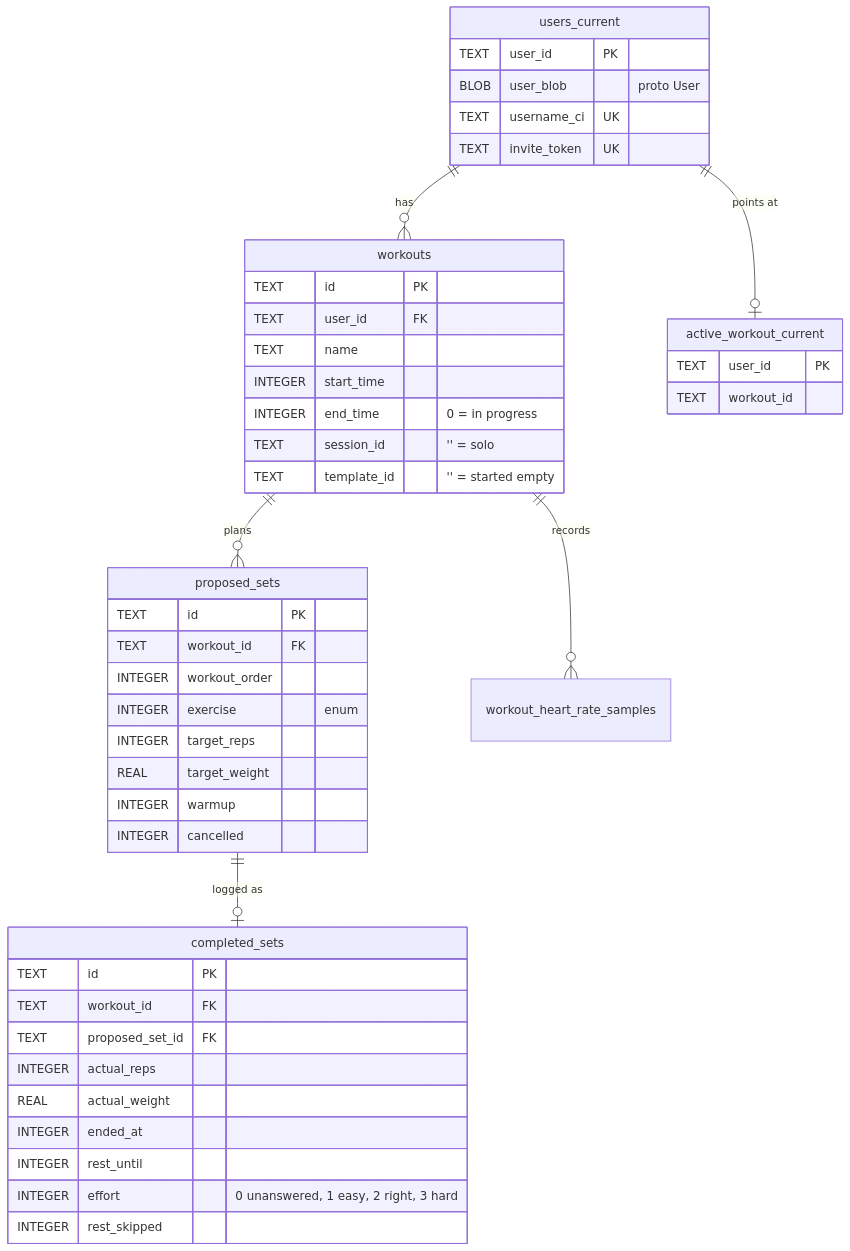
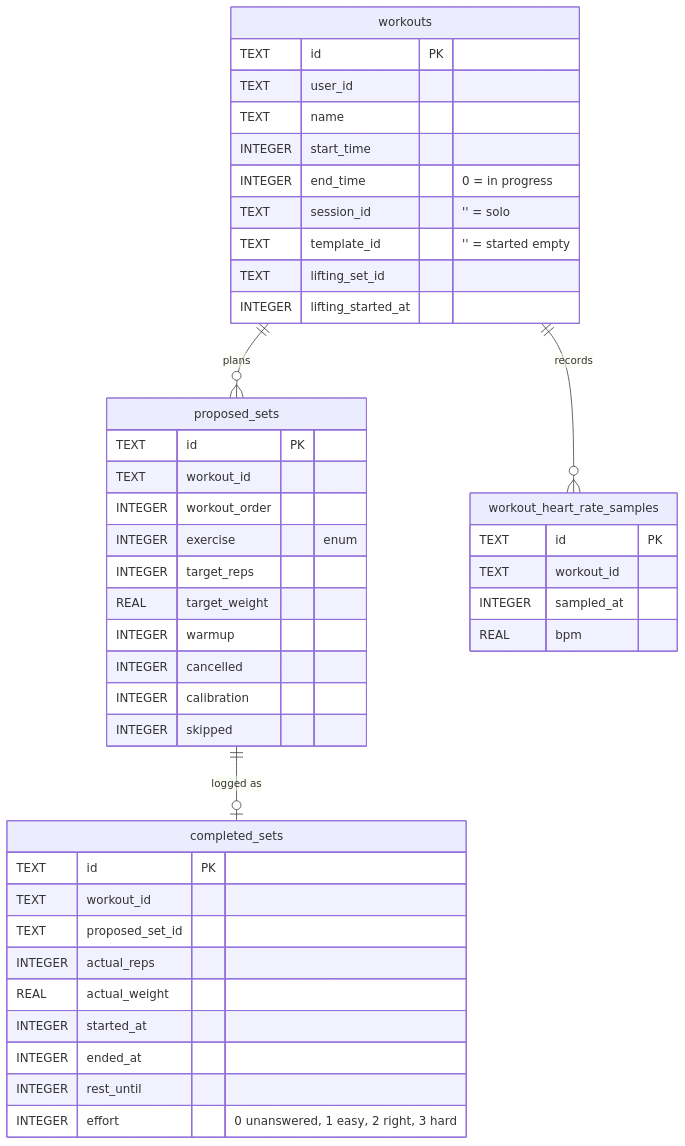
One commit to brensch/lift changed the second of 3 diagrams in docs/architecture/data-model.md. Above: the diagram before and after it, drawn with Mermaid. The commit also changed other lines of this file and 214 other files, not shown here.

````diff
--- a/docs/architecture/data-model.md
+++ b/docs/architecture/data-model.md
@@ -20,49 +49,47 @@
 ```mermaid
 erDiagram
-    users_current ||--o{ workouts : "has"
     workouts ||--o{ proposed_sets : "plans"
     proposed_sets ||--o| completed_sets : "logged as"
     workouts ||--o{ workout_heart_rate_samples : "records"
-    users_current ||--o| active_workout_current : "points at"
 
-    users_current {
-        TEXT user_id PK
-        BLOB user_blob "proto User"
-        TEXT username_ci UK
-        TEXT invite_token UK
-    }
     workouts {
         TEXT id PK
-        TEXT user_id FK
+        TEXT user_id
         TEXT name
         INTEGER start_time
         INTEGER end_time "0 = in progress"
         TEXT session_id "'' = solo"
         TEXT template_id "'' = started empty"
+        TEXT lifting_set_id
+        INTEGER lifting_started_at
     }
     proposed_sets {
         TEXT id PK
-        TEXT workout_id FK
+        TEXT workout_id
         INTEGER workout_order
         INTEGER exercise "enum"
         INTEGER target_reps
         REAL target_weight
         INTEGER warmup
         INTEGER cancelled
+        INTEGER calibration
+        INTEGER skipped
     }
     completed_sets {
         TEXT id PK
-        TEXT workout_id FK
-        TEXT proposed_set_id FK
+        TEXT workout_id
+        TEXT proposed_set_id
         INTEGER actual_reps
         REAL actual_weight
+        INTEGER started_at
         INTEGER ended_at
         INTEGER rest_until
         INTEGER effort "0 unanswered, 1 easy, 2 right, 3 hard"
-        INTEGER rest_skipped
     }
-    active_workout_current {
-        TEXT user_id PK
+    workout_heart_rate_samples {
+        TEXT id PK
         TEXT workout_id
+        INTEGER sampled_at
+        REAL bpm
     }
 ```
````
